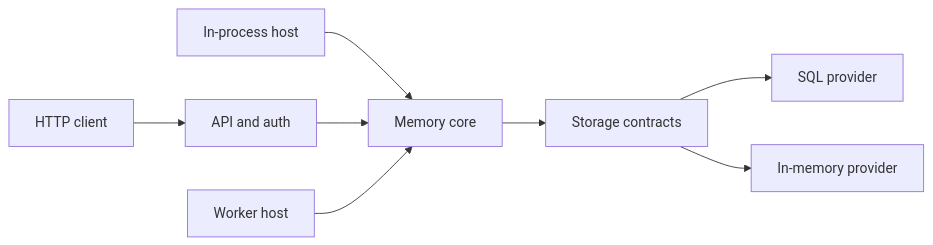
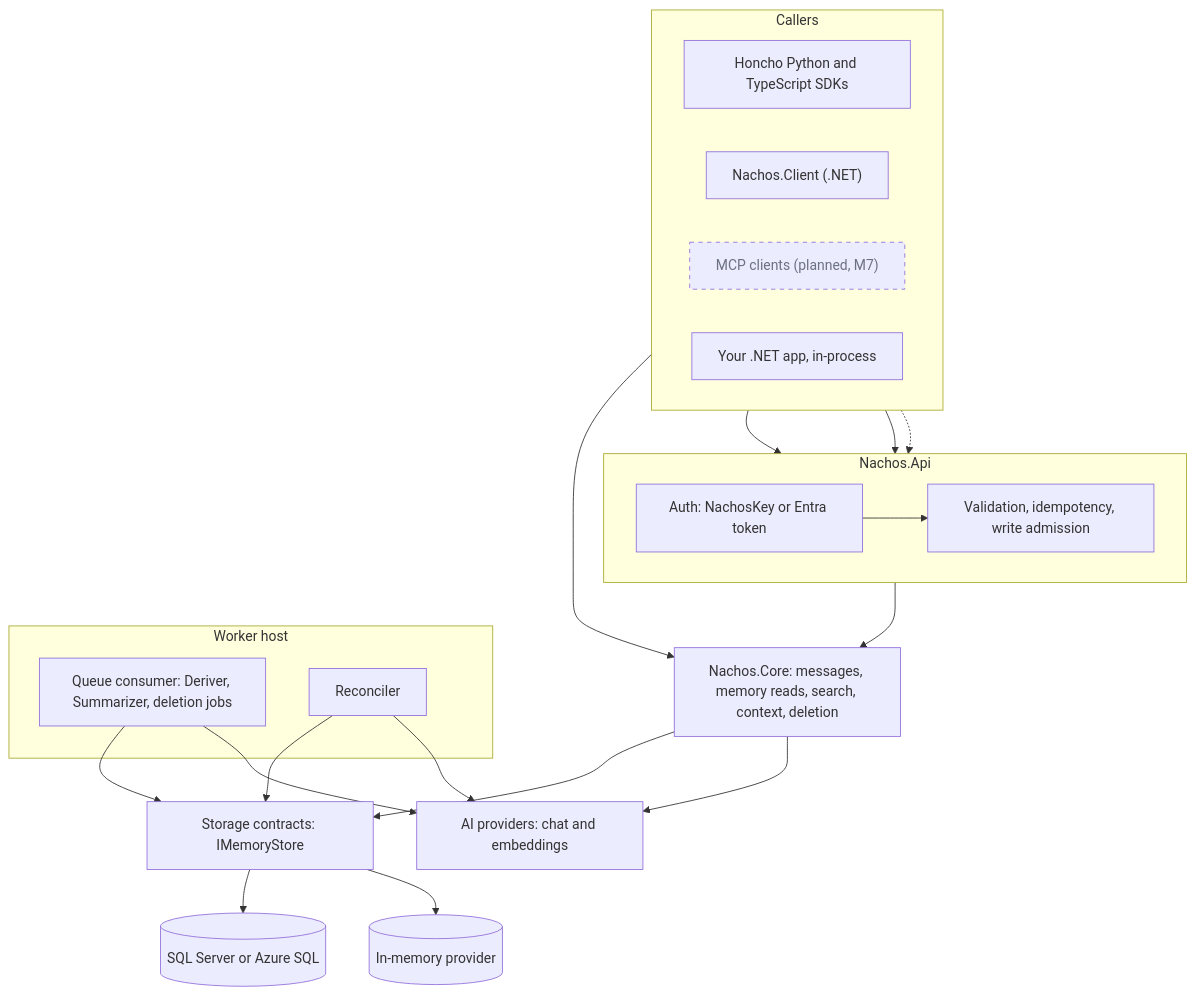
One commit to brendankowitz/nachos changed the first of 5 diagrams in docs/site/src/content/docs/architecture.mdx. Above: the diagram before and after it, drawn with Mermaid. The commit also changed other lines of this file and 8 other files, not shown here.

First line of the commit message:
docs(m3): architecture, observation model and pipeline diagrams

````diff
--- a/docs/site/src/content/docs/architecture.mdx
+++ b/docs/site/src/content/docs/architecture.mdx
@@ -9,10 +18,37 @@
 ```mermaid
-flowchart LR
-  Client["HTTP client"] --> Api["API and auth"]
-  Library["In-process host"] --> Core["Memory core"]
-  Api --> Core
-  Worker["Worker host"] --> Core
-  Core --> Contracts["Storage contracts"]
-  Contracts --> Sql["SQL provider"]
-  Contracts --> InMemory["In-memory provider"]
+flowchart TB
+  classDef planned stroke-dasharray: 5 5,color:#6b7280
+  subgraph callers["Callers"]
+    direction LR
+    sdk["Honcho Python and TypeScript SDKs"]
+    net["Nachos.Client (.NET)"]
+    mcpc["MCP clients (planned, M7)"]:::planned
+    lib["Your .NET app, in-process"]
+  end
+  subgraph api["Nachos.Api"]
+    direction LR
+    auth["Auth: NachosKey or Entra token"] --> gate["Validation, idempotency, write admission"]
+  end
+  core["Nachos.Core: messages, memory reads, search, context, deletion"]
+  subgraph worker["Worker host"]
+    consumer["Queue consumer: Deriver, Summarizer, deletion jobs"]
+    recon["Reconciler"]
+  end
+  ai["AI providers: chat and embeddings"]
+  store["Storage contracts: IMemoryStore"]
+  sql[("SQL Server or Azure SQL")]
+  mem[("In-memory provider")]
+  sdk --> auth
+  net --> auth
+  mcpc -.-> auth
+  lib --> core
+  gate --> core
+  core --> store
+  core --> ai
+  consumer --> store
+  consumer --> ai
+  recon --> store
+  recon --> ai
+  store --> sql
+  store --> mem
 ```
````
